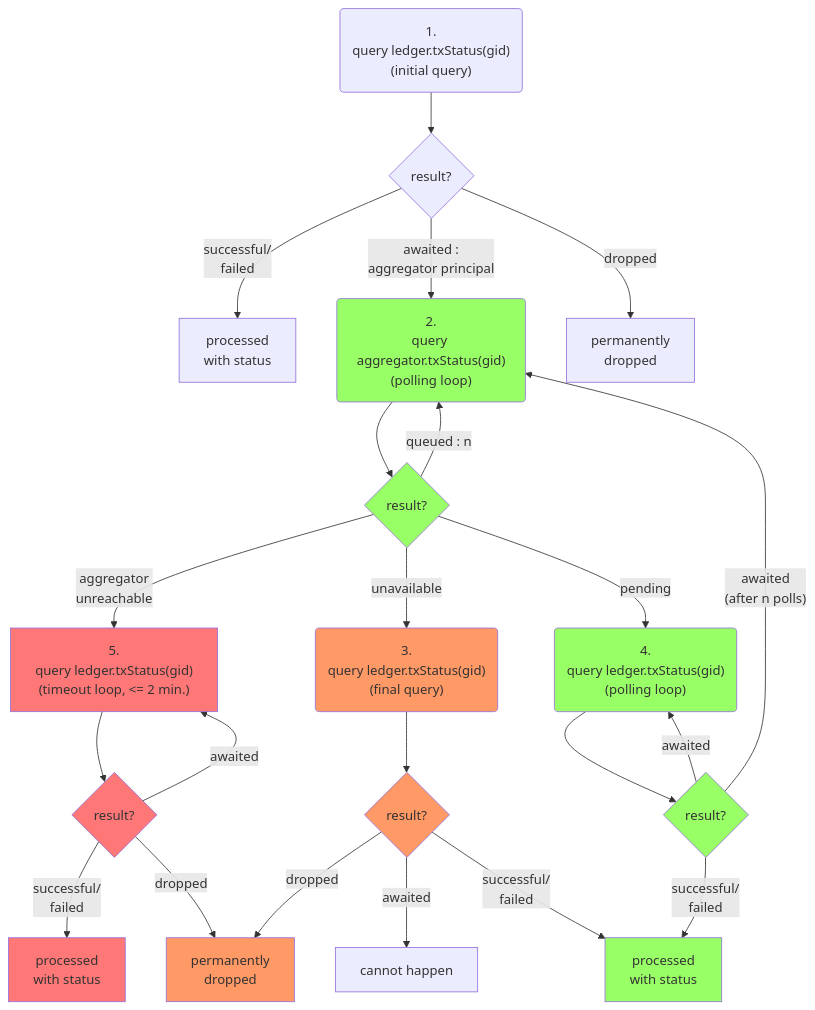
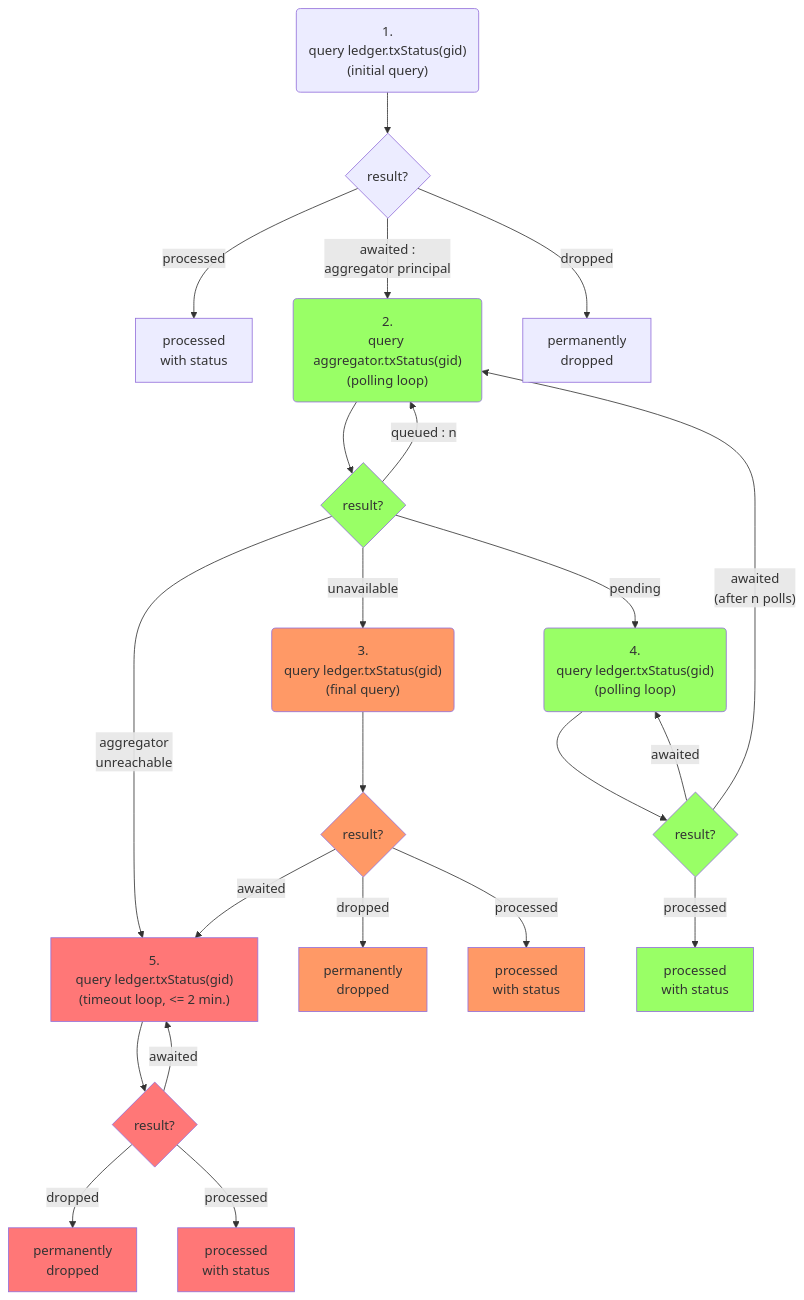
The fifth of 5 diagrams in README.md (research-ag/hpl-io), drawn with Mermaid before and after one commit. The commit also changed other lines of this file and 2 other files, not shown here.

````diff
--- a/README.md
+++ b/README.md
@@ -56,32 +113,32 @@
 ```mermaid
 flowchart TD
     L("1.<br>query ledger.txStatus(gid)<br>(initial query)") --> R1{result?}
-    R1 -->|successful/<br>failed| P1[processed<br>with status]
+    R1 -->|processed| P1[processed<br>with status]
     R1 -->|awaited :<br>aggregator principal| A("2.<br>query aggregator.txStatus(gid)<br>(polling loop)")
     R1 -->|dropped| D1[permanently<br>dropped]
     A --> R2{result?}
     R2 -->|queued : n| A 
     R2 -->|aggregator<br>unreachable| L3["5.<br>query ledger.txStatus(gid)<br>(timeout loop, <= 2 min.)"]
     R2 -->|unavailable| LF("3.<br>query ledger.txStatus(gid)<br>(final query)")
     R2 -->|pending| L2("4.<br>query ledger.txStatus(gid)<br>(polling loop)")
     LF --> R3{result?}
+    R3 -->|awaited| L3
     R3 -->|dropped| D2[permanently<br>dropped]
-    R3 -->|awaited| I["cannot happen"]
-    R3 -->|successful/<br>failed| P3
+    R3 -->|processed| P5[processed<br>with status]
     L2 --> R4{result?}
-    R4 --> |successful/<br>failed| P3[processed<br>with status]
+    R4 --> |processed| P3[processed<br>with status]
     R4 -->|awaited| L2
     R4 -->|"awaited<br>(after n polls)"| A
     L3 --> R5{result?}
-    R5 --> |successful/<br>failed| P4[processed<br>with status]
     R5 -->|awaited| L3
-    R5 -->|dropped| D2
+    R5 -->|dropped| D3["permanently<br>dropped"]
+    R5 --> |processed| P4[processed<br>with status]
     
 
 classDef green fill:#9f6
 classDef orange fill:#f96
 classDef red fill:#f77
 class A,R2,L2,R4,P3 green
-class LF,R3,P2,D2 orange
+class LF,R3,P2,D2,P5 orange
 class L3,R5,D3,P4 red
 ```
````
